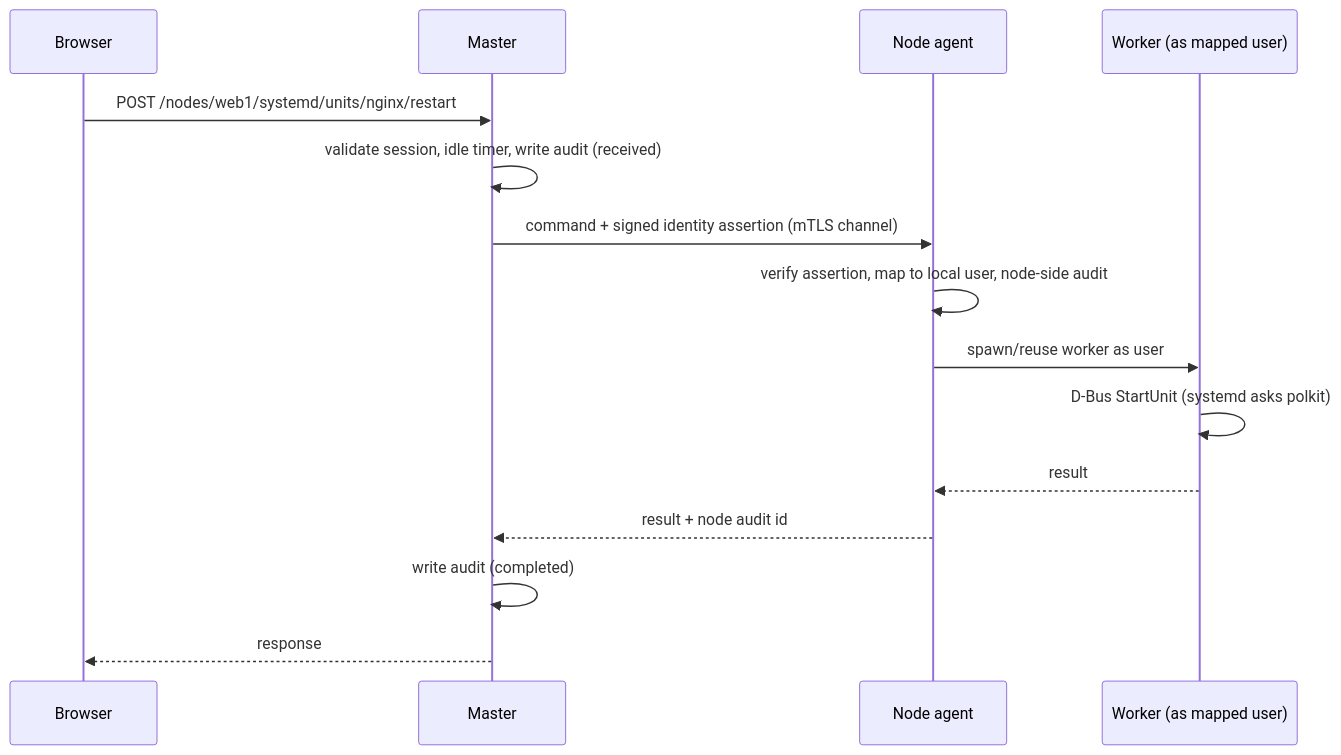
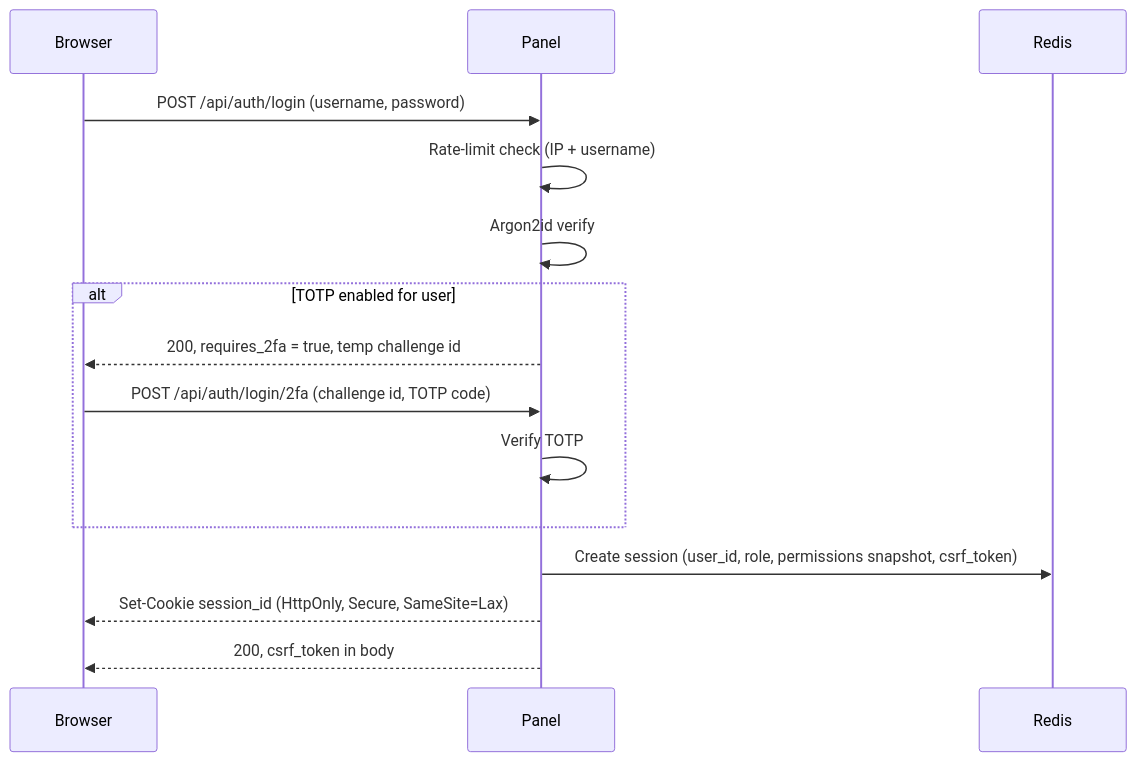
One commit to themiddlezone/parfocal changed the sixth of 14 diagrams in README.md. Above: the diagram before and after it, drawn with Mermaid. The commit also changed other lines of this file, not shown here.

````diff
--- a/README.md
+++ b/README.md
@@ -447,17 +569,18 @@
 ```mermaid
 sequenceDiagram
-  participant U as Browser
-  participant M as Master
-  participant N as Node agent
-  participant W as Worker (as mapped user)
-  U->>M: POST /nodes/web1/systemd/units/nginx/restart
-  M->>M: validate session, idle timer, write audit (received)
-  M->>N: command + signed identity assertion (mTLS channel)
-  N->>N: verify assertion, map to local user, node-side audit
-  N->>W: spawn/reuse worker as user
-  W->>W: D-Bus StartUnit (systemd asks polkit)
-  W-->>N: result
-  N-->>M: result + node audit id
-  M->>M: write audit (completed)
-  M-->>U: response
+    participant Browser
+    participant Panel
+    participant Redis
+
+    Browser->>Panel: POST /api/auth/login (username, password)
+    Panel->>Panel: Rate-limit check (IP + username)
+    Panel->>Panel: Argon2id verify
+    alt TOTP enabled for user
+        Panel-->>Browser: 200, requires_2fa = true, temp challenge id
+        Browser->>Panel: POST /api/auth/login/2fa (challenge id, TOTP code)
+        Panel->>Panel: Verify TOTP
+    end
+    Panel->>Redis: Create session (user_id, role, permissions snapshot, csrf_token)
+    Panel-->>Browser: Set-Cookie session_id (HttpOnly, Secure, SameSite=Lax)
+    Panel-->>Browser: 200, csrf_token in body
 ```
````
